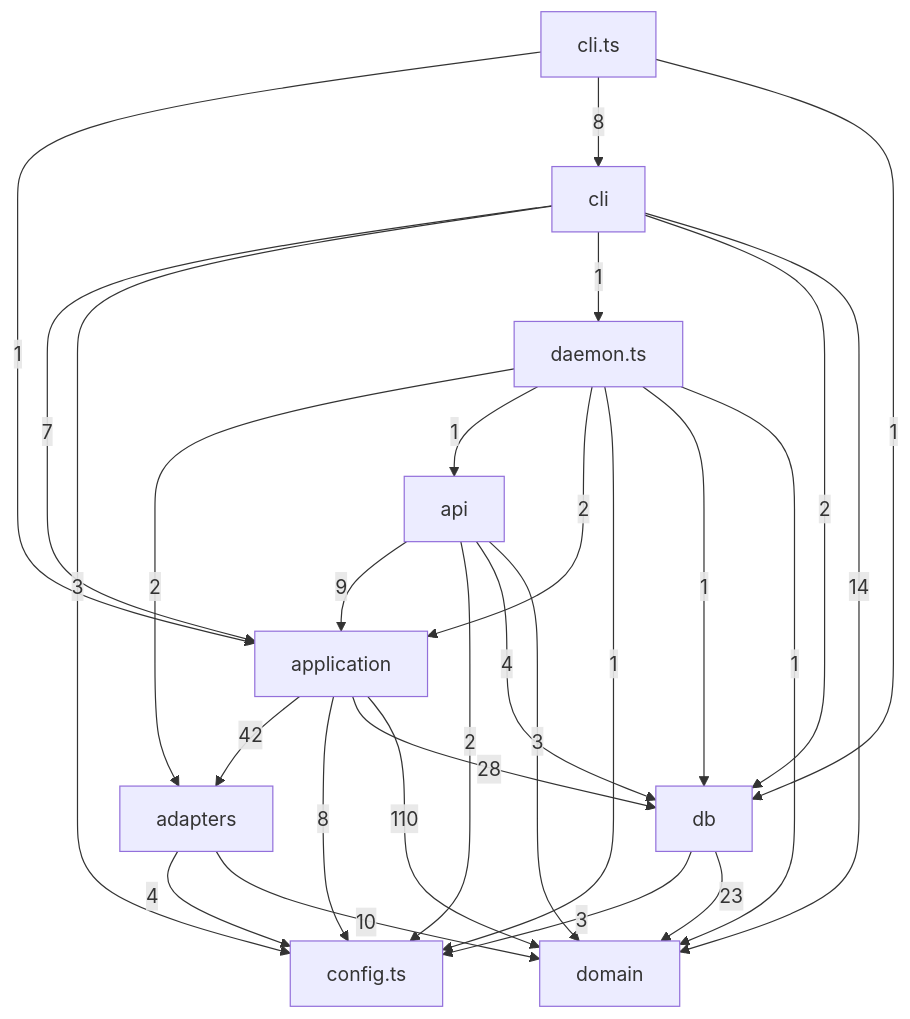
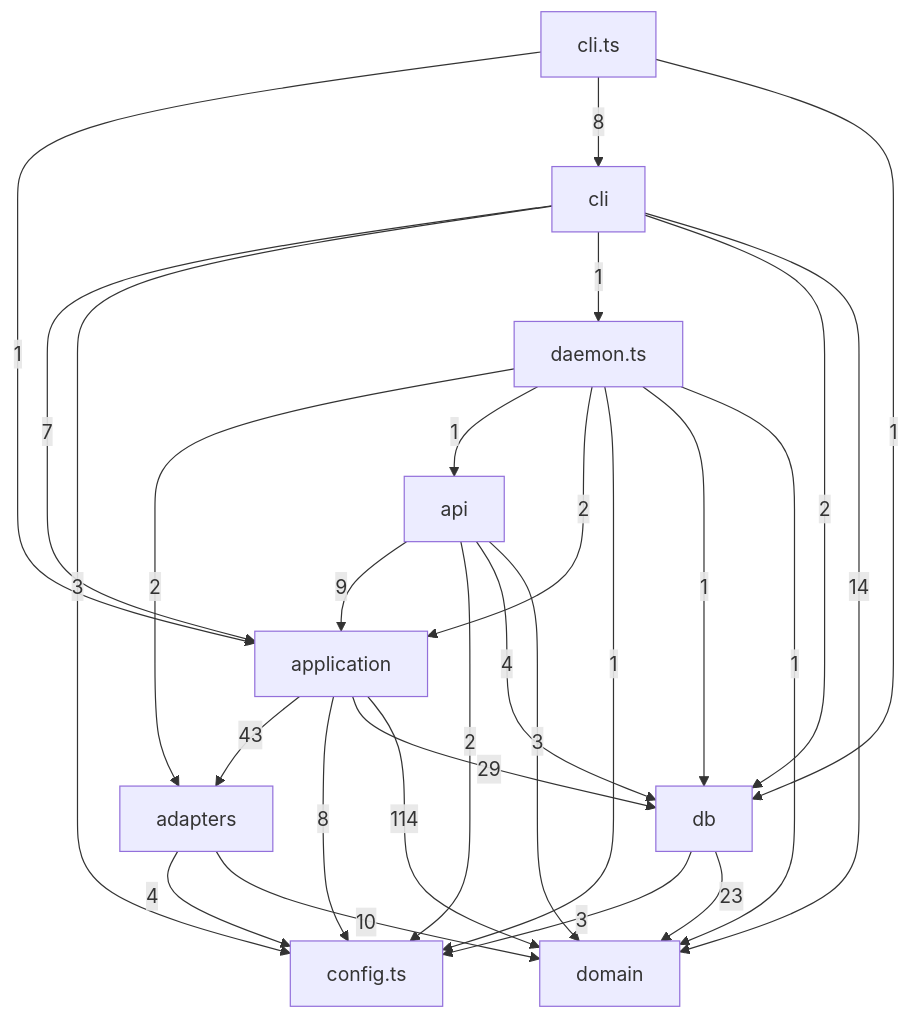
One commit to tomrobdev/agentdeck changed the third of 5 diagrams in docs/architecture.md. Above: the diagram before and after it, drawn with Mermaid. The commit also changed 6 other files, not shown here.

````diff
--- a/docs/architecture.md
+++ b/docs/architecture.md
@@ -101,38 +101,38 @@
 ```mermaid
 flowchart TD
   adapters["adapters"]
   api["api"]
   application["application"]
   cli["cli"]
   cli_ts["cli.ts"]
   config_ts["config.ts"]
   daemon_ts["daemon.ts"]
   db["db"]
   domain["domain"]
   adapters -->|4| config_ts
   adapters -->|10| domain
   api -->|9| application
   api -->|2| config_ts
   api -->|4| db
   api -->|3| domain
-  application -->|42| adapters
+  application -->|43| adapters
   application -->|8| config_ts
-  application -->|28| db
-  application -->|110| domain
+  application -->|29| db
+  application -->|114| domain
   cli_ts -->|1| application
   cli_ts -->|8| cli
   cli_ts -->|1| db
   cli -->|7| application
   cli -->|3| config_ts
   cli -->|1| daemon_ts
   cli -->|2| db
   cli -->|14| domain
   daemon_ts -->|2| adapters
   daemon_ts -->|1| api
   daemon_ts -->|2| application
   daemon_ts -->|1| config_ts
   daemon_ts -->|1| db
   daemon_ts -->|1| domain
   db -->|3| config_ts
   db -->|23| domain
 ```
````
